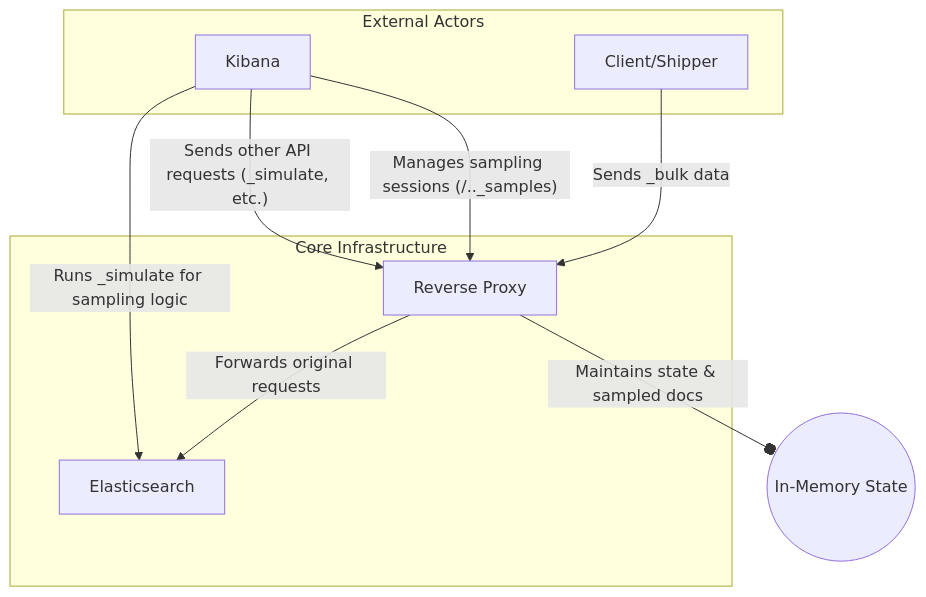
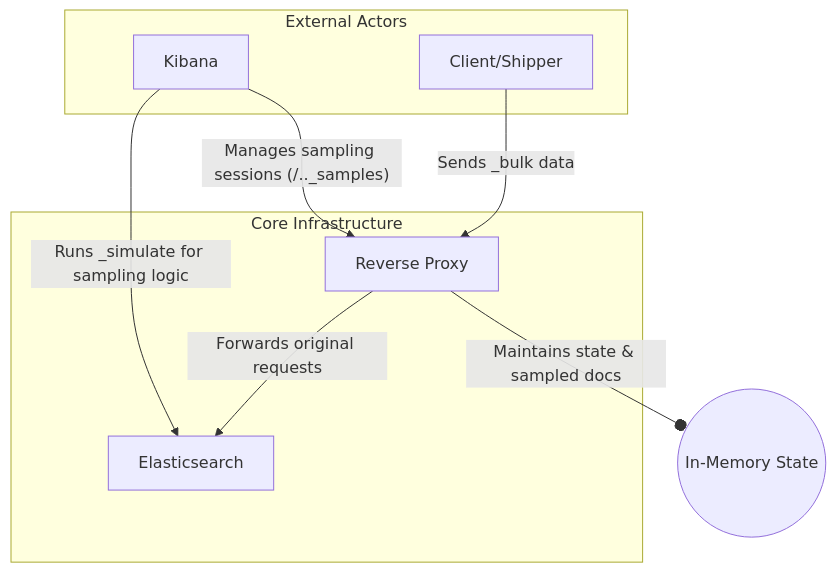
The diagram in README.md (flash1293/sampling-proxy), drawn with Mermaid before and after one commit.

Commit message:
diagram2

````diff
--- a/README.md
+++ b/README.md
@@ -5,22 +5,21 @@
 ```mermaid
 graph TD
     subgraph "External Actors"
         Kibana
         Client[Client/Shipper]
     end
 
     subgraph "Core Infrastructure"
         Proxy[Reverse Proxy]
         Elasticsearch
     end
 
     %% Define the interactions and data flows
     Client -- "Sends _bulk data" --> Proxy
     Kibana -- "Manages sampling sessions (/.._samples)" --> Proxy
-    Kibana -- "Sends other API requests (_simulate, etc.)" --> Proxy
 
     Proxy -- "Forwards original requests" --> Elasticsearch
     Kibana -- "Runs _simulate for sampling logic" --> Elasticsearch
     
     Proxy -- "Maintains state & sampled docs" --o InternalState((In-Memory State))
 ```
````
